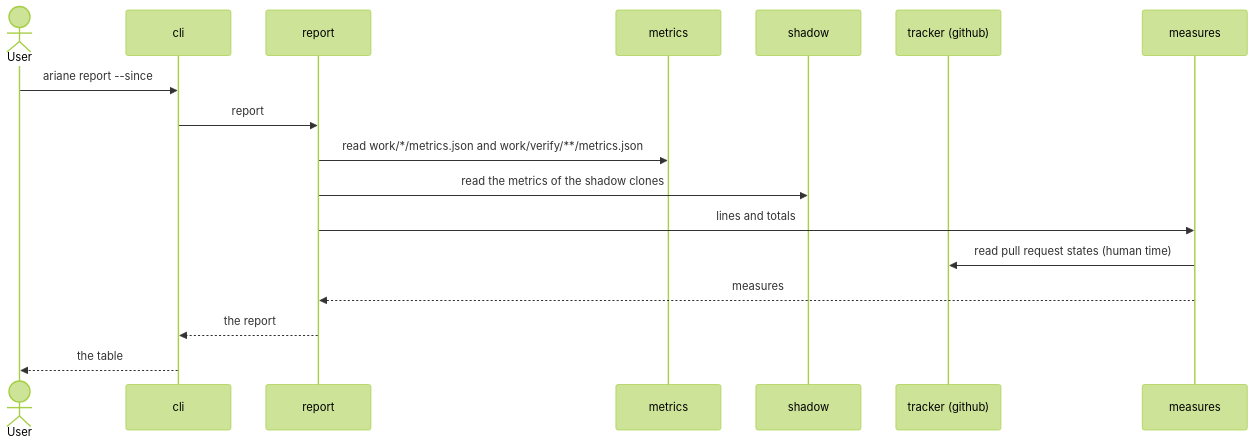
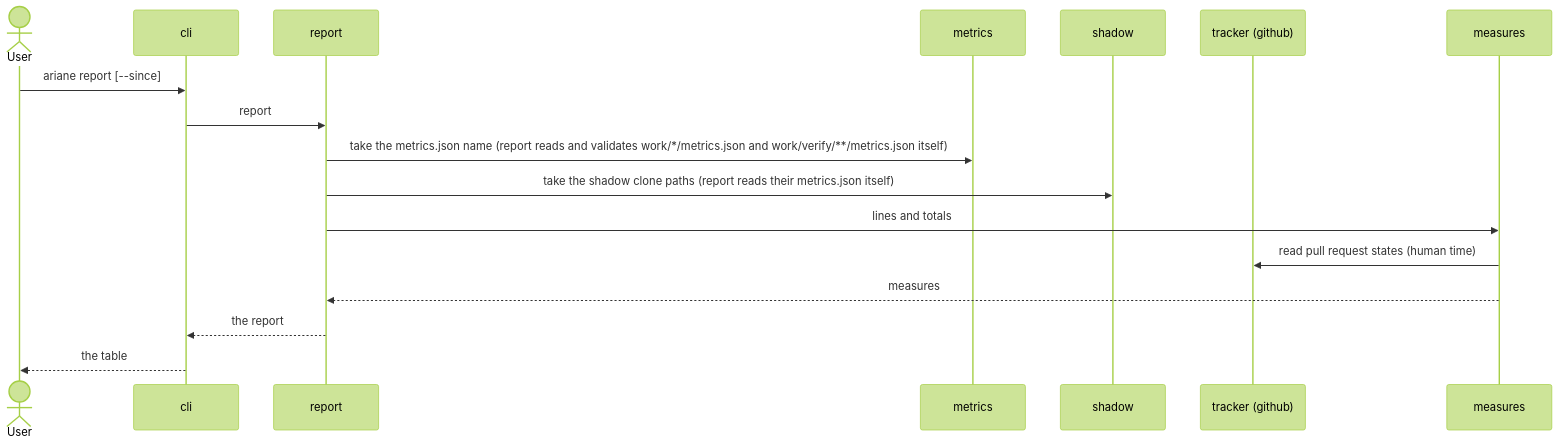
The fifth of 6 diagrams in docs/architecture/3-components.md (plaplanche/ariane), drawn with Mermaid (forest theme) before and after one commit. The commit also changed other lines of this file and 3 other files, not shown here.

````diff
--- a/docs/architecture/3-components.md
+++ b/docs/architecture/3-components.md
@@ -245,19 +250,19 @@
 ```mermaid
 sequenceDiagram
   actor U as User
   participant CLI as cli
   participant P as report
   participant M as metrics
   participant H as shadow
   participant T as tracker (github)
   participant E as measures
-  U->>CLI: ariane report --since
+  U->>CLI: ariane report [--since]
   CLI->>P: report
-  P->>M: read work/*/metrics.json and work/verify/**/metrics.json
-  P->>H: read the metrics of the shadow clones
+  P->>M: take the metrics.json name (report reads and validates work/*/metrics.json and work/verify/**/metrics.json itself)
+  P->>H: take the shadow clone paths (report reads their metrics.json itself)
   P->>E: lines and totals
   E->>T: read pull request states (human time)
   E-->>P: measures
   P-->>CLI: the report
   CLI-->>U: the table
 ```
````
